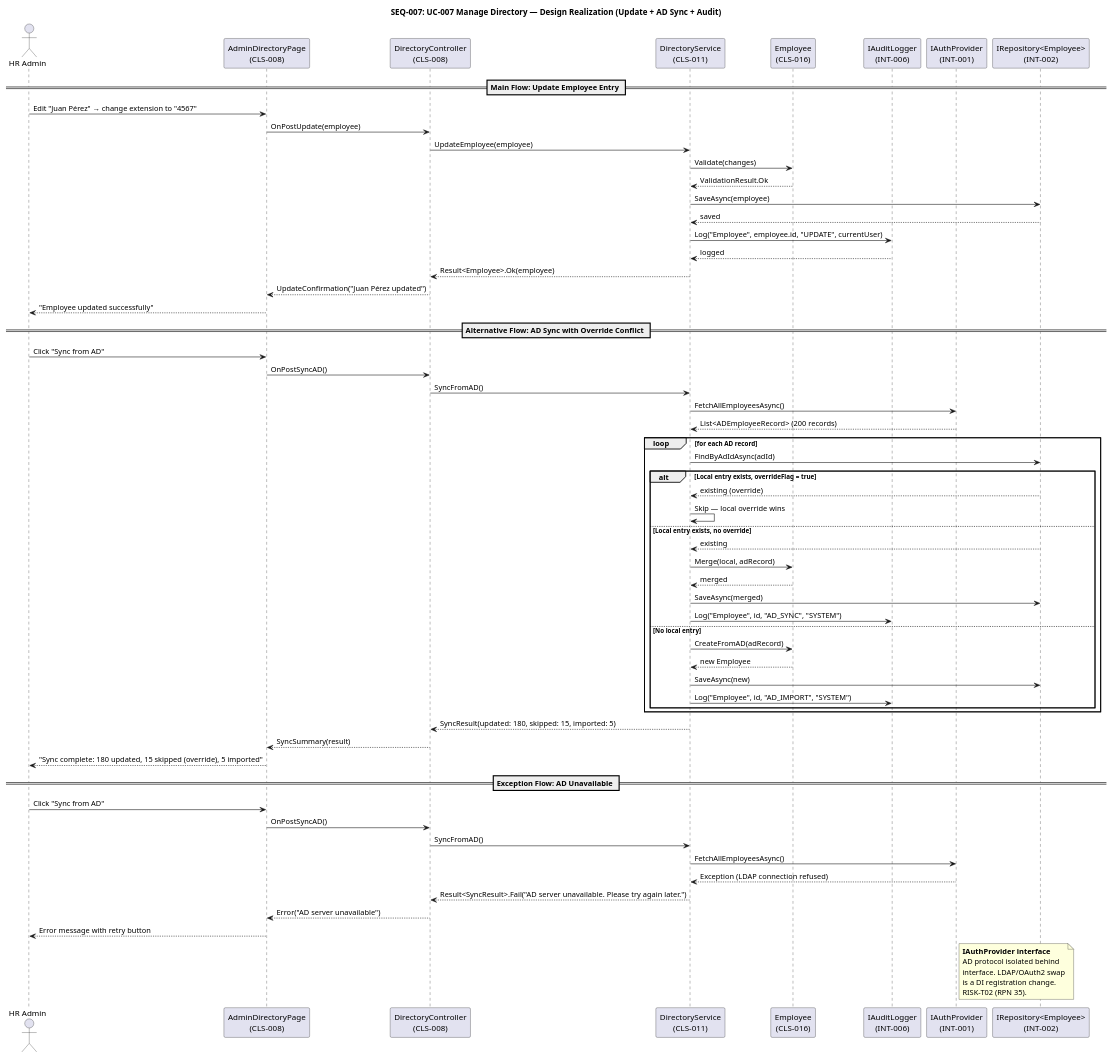
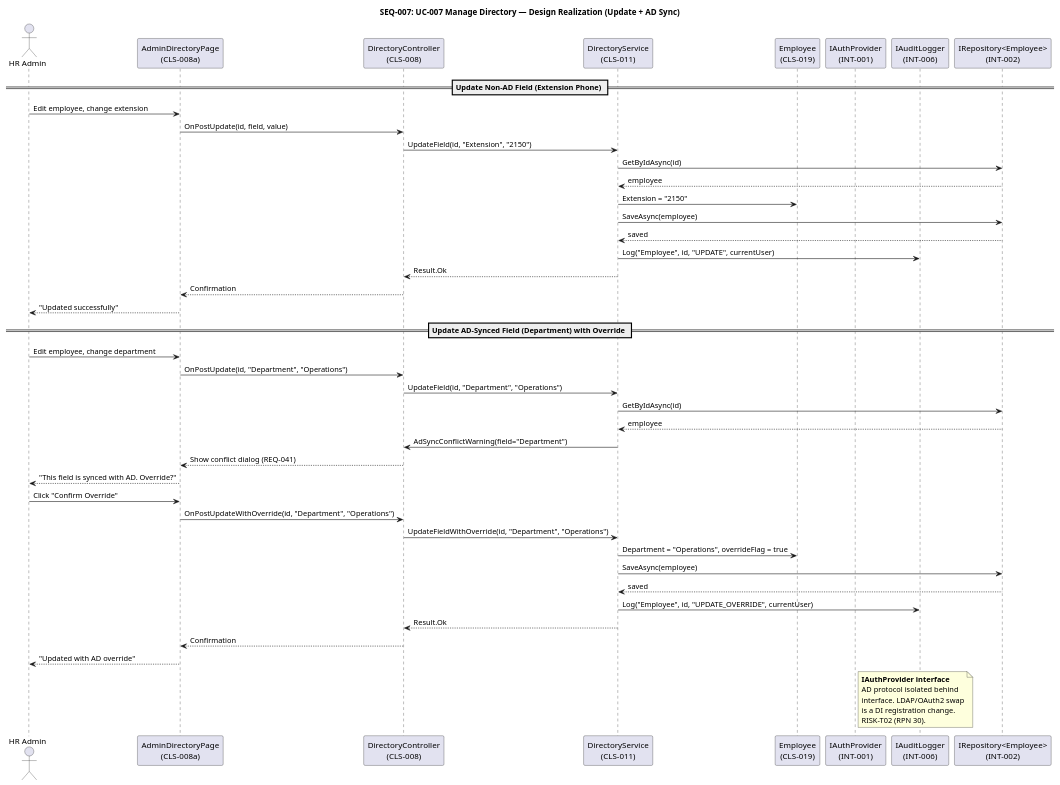
One commit to banense-test/demo-janke-lab changed diagram 12 of 26 in docs/artifacts/analysis---design/design-model.md. Above: the diagram before and after it, drawn with PlantUML. The commit also changed other lines of this file, not shown here.

First line of the commit message:
User Interface Designer [E2]: upsert Design Model

````diff
--- a/docs/artifacts/analysis---design/design-model.md
+++ b/docs/artifacts/analysis---design/design-model.md
@@ -877,78 +762,59 @@
 ```plantuml
 @startuml
-title SEQ-007: UC-007 Manage Directory — Design Realization (Update + AD Sync + Audit)
+title SEQ-007: UC-007 Manage Directory — Design Realization (Update + AD Sync)
 
 actor "HR Admin" as HR
-participant "AdminDirectoryPage\n(CLS-008)" as UI
+participant "AdminDirectoryPage\n(CLS-008a)" as UI
 participant "DirectoryController\n(CLS-008)" as CTRL
-participant "DirectoryService\n(CLS-011)" as DS
-participant "Employee\n(CLS-016)" as EMP_CLS
-participant "IAuditLogger\n(INT-006)" as AUD
+participant "DirectoryService\n(CLS-011)" as SVC
+participant "Employee\n(CLS-019)" as EMP_CLS
 participant "IAuthProvider\n(INT-001)" as AD
+participant "IAuditLogger\n(INT-006)" as AUDIT
 participant "IRepository<Employee>\n(INT-002)" as REPO
 
-== Main Flow: Update Employee Entry ==
+== Update Non-AD Field (Extension Phone) ==
 
-HR -> UI : Edit "Juan Pérez" → change extension to "4567"
-UI -> CTRL : OnPostUpdate(employee)
-CTRL -> DS : UpdateEmployee(employee)
-DS -> EMP_CLS : Validate(changes)
-EMP_CLS --> DS : ValidationResult.Ok
-DS -> REPO : SaveAsync(employee)
-REPO --> DS : saved
-DS -> AUD : Log("Employee", employee.id, "UPDATE", currentUser)
-AUD --> DS : logged
-DS --> CTRL : Result<Employee>.Ok(employee)
-CTRL --> UI : UpdateConfirmation("Juan Pérez updated")
-UI --> HR : "Employee updated successfully"
+HR -> UI : Edit employee, change extension
+UI -> CTRL : OnPostUpdate(id, field, value)
+CTRL -> SVC : UpdateField(id, "Extension", "2150")
+SVC -> REPO : GetByIdAsync(id)
+REPO --> SVC : employee
+SVC -> EMP_CLS : Extension = "2150"
+SVC -> REPO : SaveAsync(employee)
+REPO --> SVC : saved
+SVC -> AUDIT : Log("Employee", id, "UPDATE", currentUser)
+SVC --> CTRL : Result.Ok
+CTRL --> UI : Confirmation
+UI --> HR : "Updated successfully"
 
-== Alternative Flow: AD Sync with Override Conflict ==
+== Update AD-Synced Field (Department) with Override ==
 
-HR -> UI : Click "Sync from AD"
-UI -> CTRL : OnPostSyncAD()
-CTRL -> DS : SyncFromAD()
-DS -> AD : FetchAllEmployeesAsync()
-AD --> DS : List<ADEmployeeRecord> (200 records)
-loop for each AD record
-  DS -> REPO : FindByAdIdAsync(adId)
-  alt Local entry exists, overrideFlag = true
-    REPO --> DS : existing (override)
-    DS -> DS : Skip — local override wins
-  else Local entry exists, no override
-    REPO --> DS : existing
-    DS -> EMP_CLS : Merge(local, adRecord)
-    EMP_CLS --> DS : merged
-    DS -> REPO : SaveAsync(merged)
-    DS -> AUD : Log("Employee", id, "AD_SYNC", "SYSTEM")
-  else No local entry
-    DS -> EMP_CLS : CreateFromAD(adRecord)
-    EMP_CLS --> DS : new Employee
-    DS -> REPO : SaveAsync(new)
-    DS -> AUD : Log("Employee", id, "AD_IMPORT", "SYSTEM")
-  end
-end
-DS --> CTRL : SyncResult(updated: 180, skipped: 15, imported: 5)
-CTRL --> UI : SyncSummary(result)
-UI --> HR : "Sync complete: 180 updated, 15 skipped (override), 5 imported"
-
-== Exception Flow: AD Unavailable ==
-
-HR -> UI : Click "Sync from AD"
-UI -> CTRL : OnPostSyncAD()
-CTRL -> DS : SyncFromAD()
-DS -> AD : FetchAllEmployeesAsync()
-AD --> DS : Exception (LDAP connection refused)
-DS --> CTRL : Result<SyncResult>.Fail("AD server unavailable. Please try again later.")
-CTRL --> UI : Error("AD server unavailable")
-UI --> HR : Error message with retry button
+HR -> UI : Edit employee, change department
+UI -> CTRL : OnPostUpdate(id, "Department", "Operations")
+CTRL -> SVC : UpdateField(id, "Department", "Operations")
+SVC -> REPO : GetByIdAsync(id)
+REPO --> SVC : employee
+SVC -> CTRL : AdSyncConflictWarning(field="Department")
+CTRL --> UI : Show conflict dialog (REQ-041)
+UI --> HR : "This field is synced with AD. Override?"
+HR -> UI : Click "Confirm Override"
+UI -> CTRL : OnPostUpdateWithOverride(id, "Department", "Operations")
+CTRL -> SVC : UpdateFieldWithOverride(id, "Department", "Operations")
+SVC -> EMP_CLS : Department = "Operations", overrideFlag = true
+SVC -> REPO : SaveAsync(employee)
+REPO --> SVC : saved
+SVC -> AUDIT : Log("Employee", id, "UPDATE_OVERRIDE", currentUser)
+SVC --> CTRL : Result.Ok
+CTRL --> UI : Confirmation
+UI --> HR : "Updated with AD override"
 
 note right of AD
   **IAuthProvider interface**
   AD protocol isolated behind
   interface. LDAP/OAuth2 swap
   is a DI registration change.
-  RISK-T02 (RPN 35).
+  RISK-T02 (RPN 30).
 end note
 
 @enduml
 ```
````
